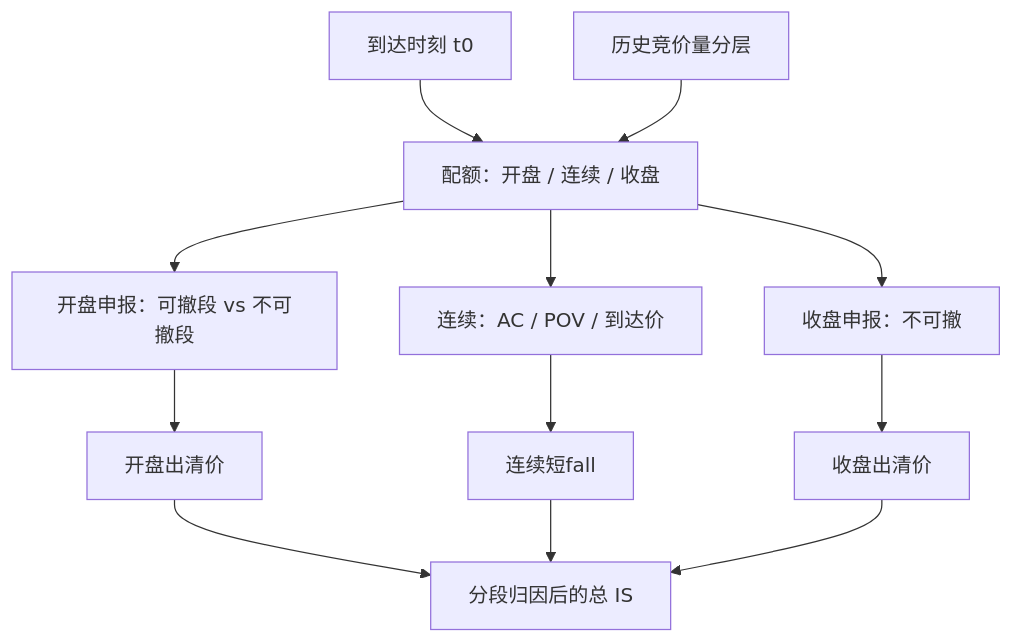
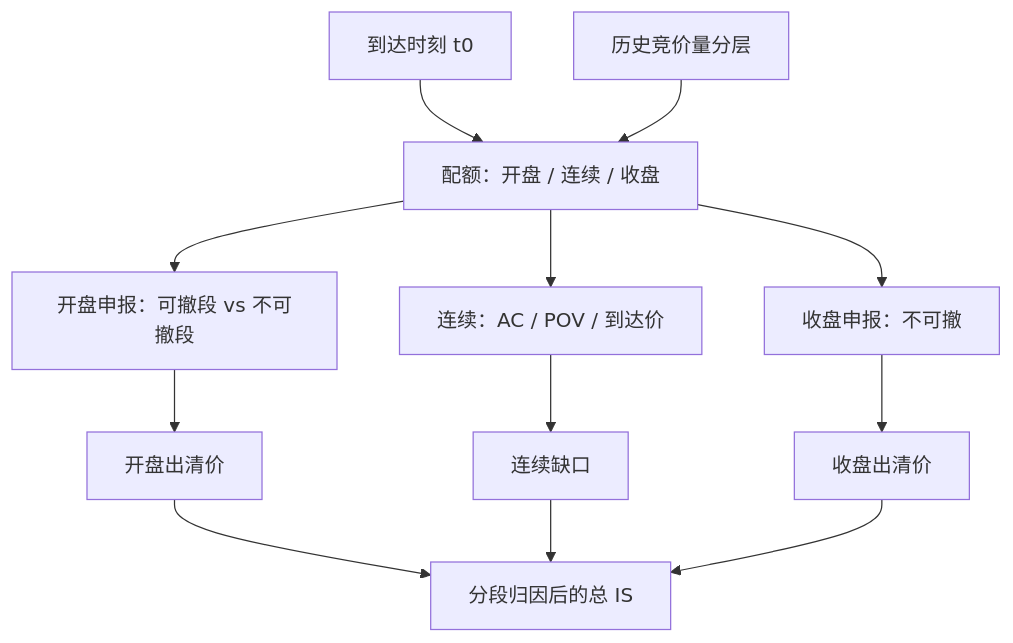
The diagram in docs/quant/auction-execution.md (xhongduo-tech/xhongduo-tech.github.io), drawn with Mermaid before and after one commit. The commit also changed other lines of this file and 2401 other files, not shown here.

````diff
--- a/docs/quant/auction-execution.md
+++ b/docs/quant/auction-execution.md
@@ -66,14 +66,14 @@
 ```mermaid
 flowchart TD
   ARR["到达时刻 t0"] --> SPLIT["配额：开盘 / 连续 / 收盘"]
   VOL["历史竞价量分层"] --> SPLIT
   SPLIT --> O["开盘申报：可撤段 vs 不可撤段"]
   SPLIT --> C["连续：AC / POV / 到达价"]
   SPLIT --> E["收盘申报：不可撤"]
   O --> PXO["开盘出清价"]
-  C --> CONT["连续短fall"]
+  C --> CONT["连续缺口"]
   E --> PXE["收盘出清价"]
   PXO --> IS["分段归因后的总 IS"]
   CONT --> IS
   PXE --> IS
 ```
````
